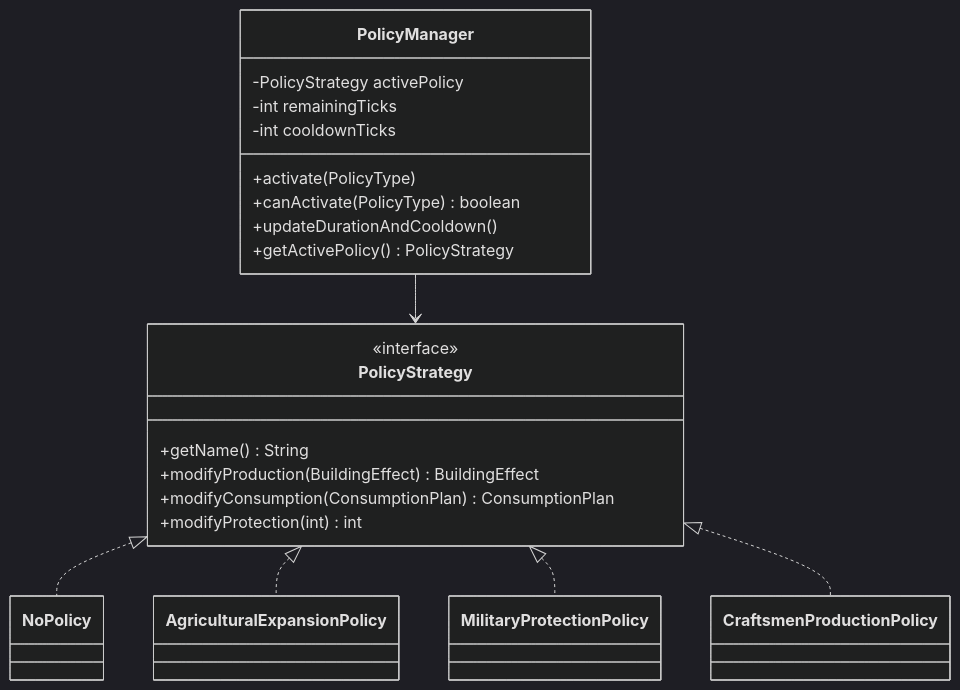
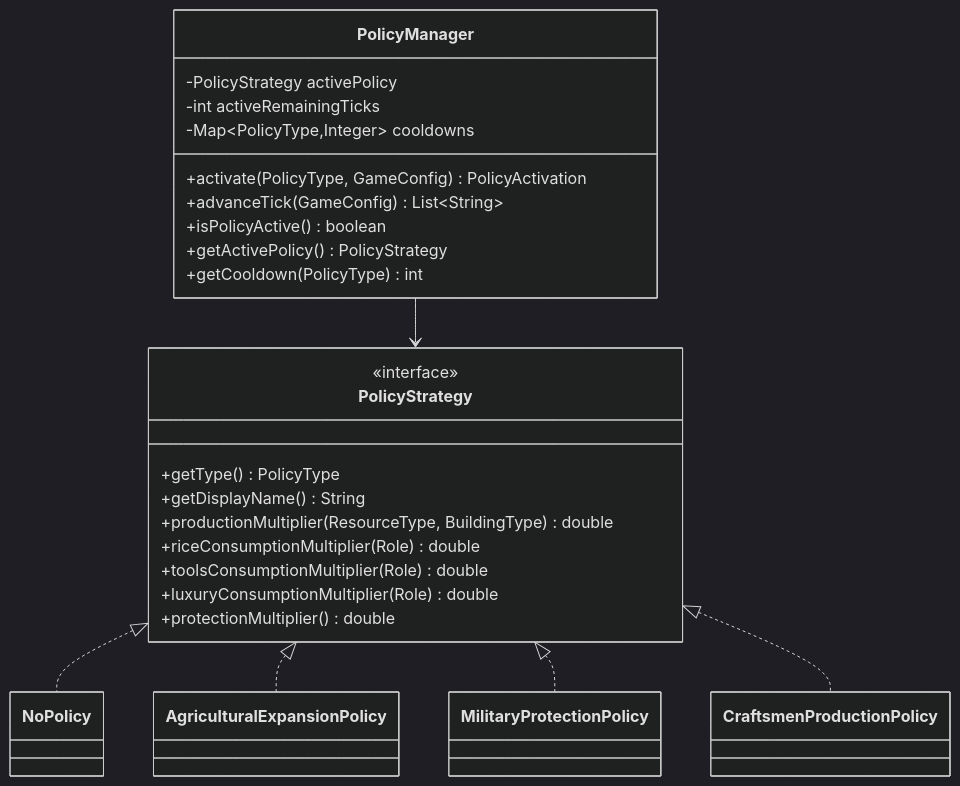
Before and after one commit to edope704/DaimyoSimulator: the ninth of 14 diagrams in docs/DesignDocument.md, drawn with Mermaid (dark theme). The commit also changed other lines of this file, not shown here.

````diff
--- a/docs/DesignDocument.md
+++ b/docs/DesignDocument.md
@@ -298,24 +322,28 @@
 ```mermaid
 classDiagram
     class PolicyStrategy {
         <<interface>>
-        +getName() String
-        +modifyProduction(BuildingEffect) BuildingEffect
-        +modifyConsumption(ConsumptionPlan) ConsumptionPlan
-        +modifyProtection(int) int
+        +getType() PolicyType
+        +getDisplayName() String
+        +productionMultiplier(ResourceType, BuildingType) double
+        +riceConsumptionMultiplier(Role) double
+        +toolsConsumptionMultiplier(Role) double
+        +luxuryConsumptionMultiplier(Role) double
+        +protectionMultiplier() double
     }
     class PolicyManager {
         -PolicyStrategy activePolicy
-        -int remainingTicks
-        -int cooldownTicks
-        +activate(PolicyType)
-        +canActivate(PolicyType) boolean
-        +updateDurationAndCooldown()
+        -int activeRemainingTicks
+        -Map~PolicyType,Integer~ cooldowns
+        +activate(PolicyType, GameConfig) PolicyActivation
+        +advanceTick(GameConfig) List~String~
+        +isPolicyActive() boolean
         +getActivePolicy() PolicyStrategy
+        +getCooldown(PolicyType) int
     }
     PolicyStrategy <|.. NoPolicy
     PolicyStrategy <|.. AgriculturalExpansionPolicy
     PolicyStrategy <|.. MilitaryProtectionPolicy
     PolicyStrategy <|.. CraftsmenProductionPolicy
     PolicyManager --> PolicyStrategy
 ```
````
